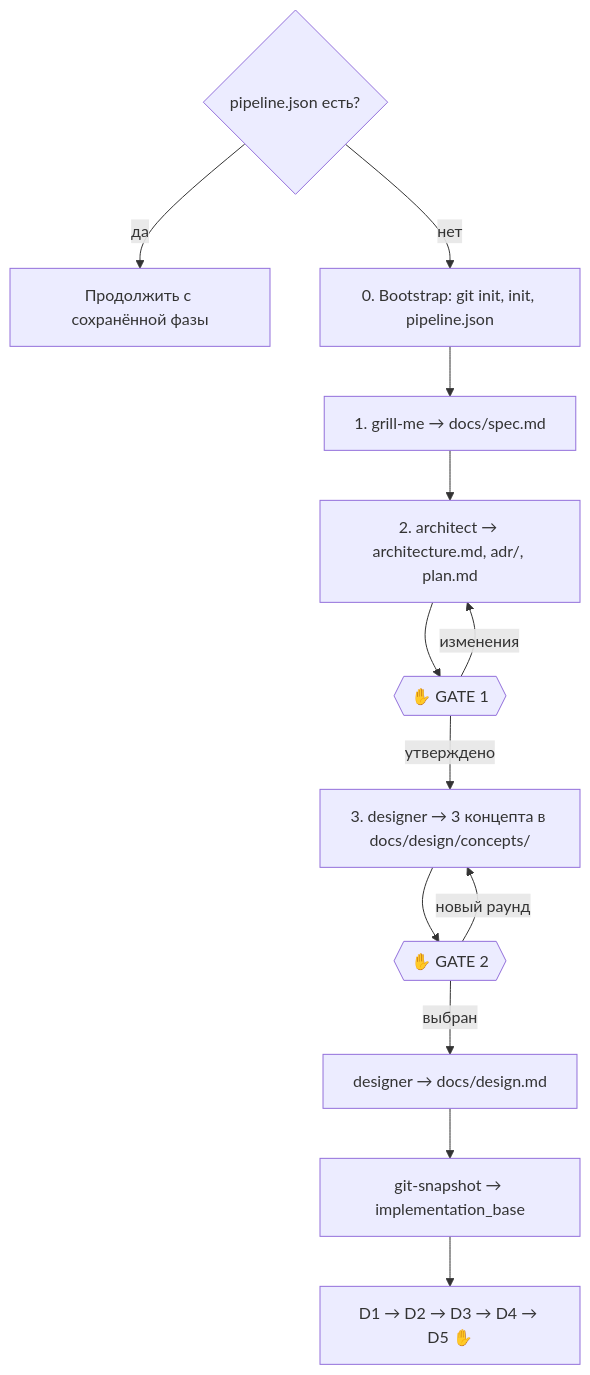
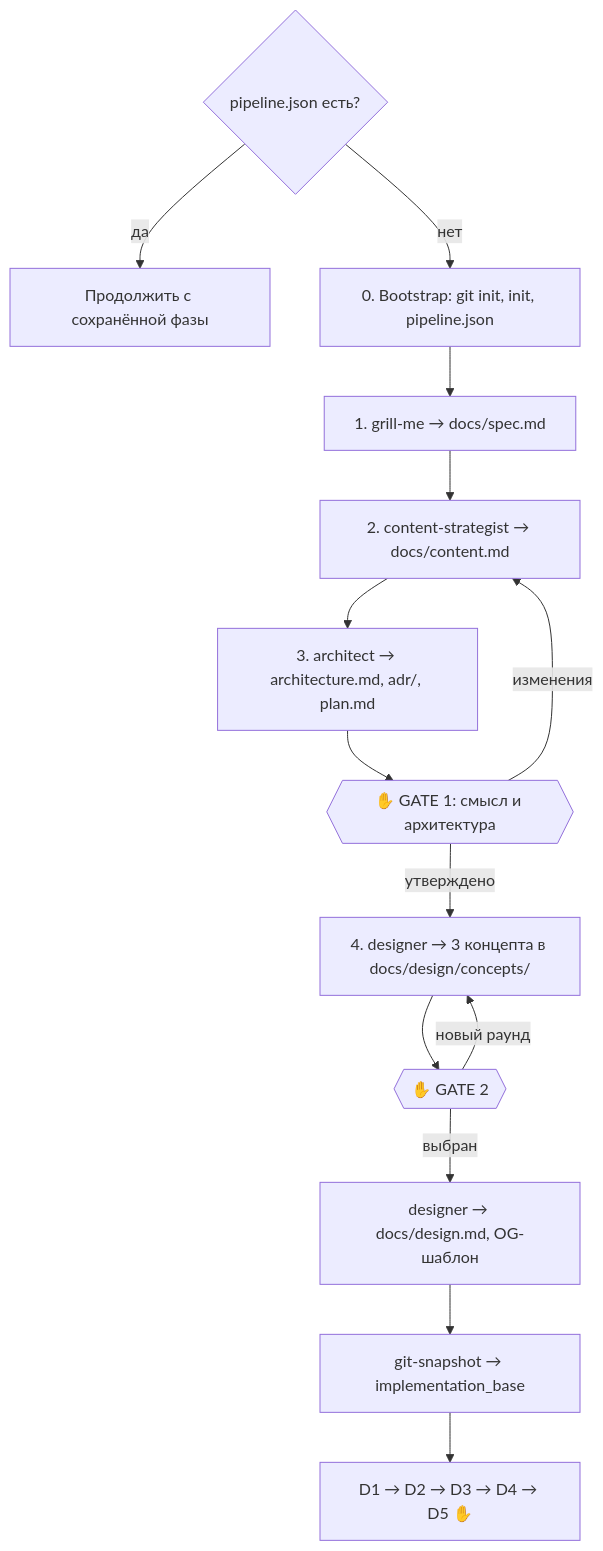
One commit to nikiquark/ai-plugins changed the diagram in docs/web-pipeline/commands/new-project.md. Above: the diagram before and after it, drawn with Mermaid. The commit also changed other lines of this file and 48 other files, not shown here.

Commit message:
feat(web-pipeline): add content strategist and seo check

````diff
--- a/docs/web-pipeline/commands/new-project.md
+++ b/docs/web-pipeline/commands/new-project.md
@@ -17,15 +17,16 @@
 ```mermaid
 flowchart TB
   R{pipeline.json есть?} -- да --> RES[Продолжить с сохранённой фазы]
   R -- нет --> P0
   P0[0. Bootstrap: git init, init, pipeline.json] --> P1
   P1[1. grill-me → docs/spec.md] --> P2
-  P2[2. architect → architecture.md, adr/, plan.md] --> G1{{✋ GATE 1}}
+  P2[2. content-strategist → docs/content.md] --> P3
+  P3[3. architect → architecture.md, adr/, plan.md] --> G1{{✋ GATE 1: смысл и архитектура}}
   G1 -- изменения --> P2
-  G1 -- утверждено --> P3[3. designer → 3 концепта в docs/design/concepts/]
-  P3 --> G2{{✋ GATE 2}}
-  G2 -- новый раунд --> P3
-  G2 -- выбран --> DS[designer → docs/design.md]
+  G1 -- утверждено --> P4[4. designer → 3 концепта в docs/design/concepts/]
+  P4 --> G2{{✋ GATE 2}}
+  G2 -- новый раунд --> P4
+  G2 -- выбран --> DS[designer → docs/design.md, OG-шаблон]
   DS --> SNAP[git-snapshot → implementation_base]
   SNAP --> D[D1 → D2 → D3 → D4 → D5 ✋]
 ```
````
